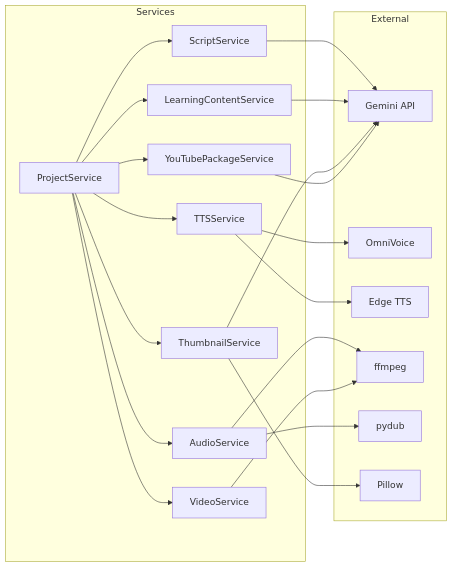
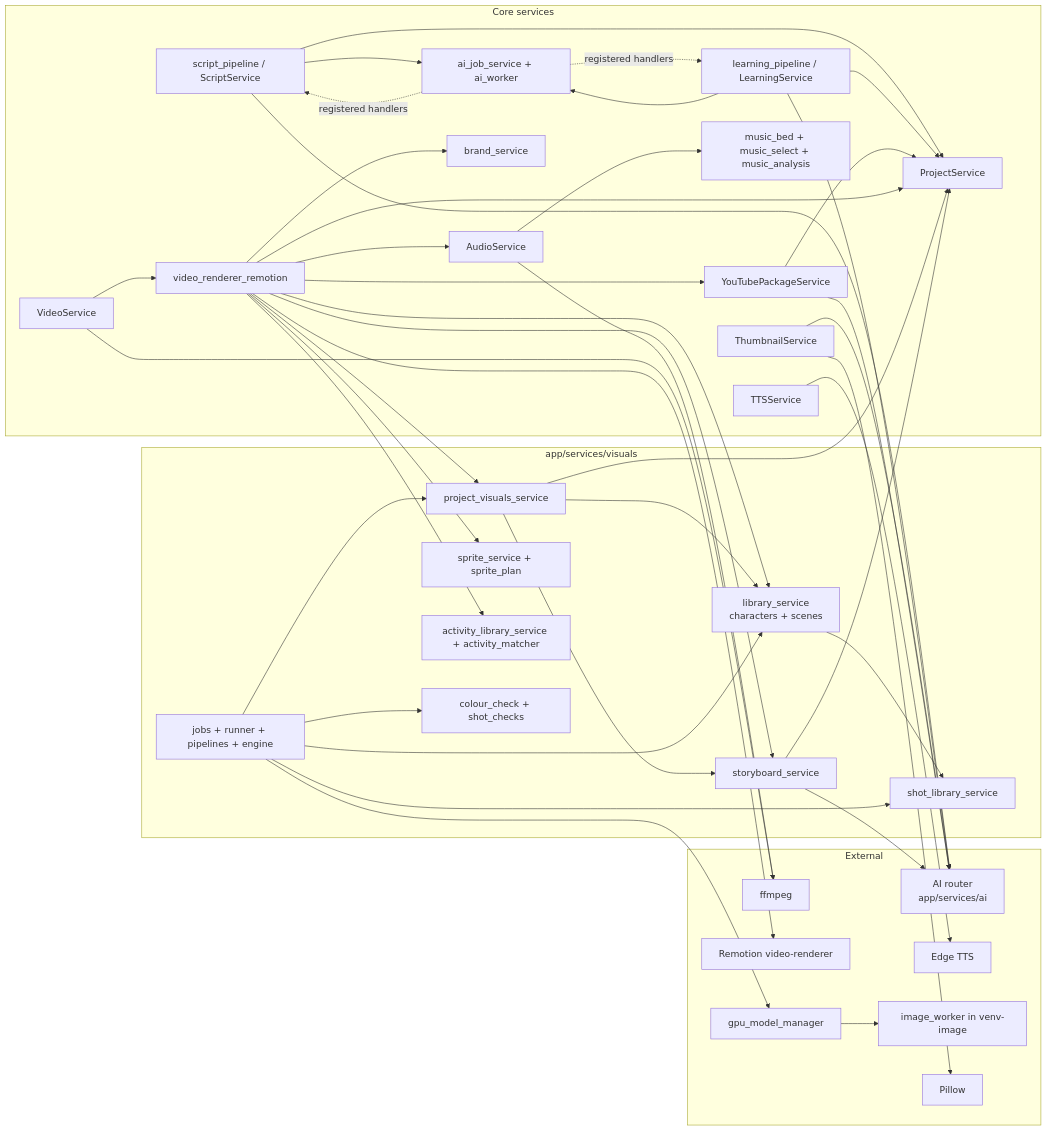
One commit to danghoangsqtt-sys/dailyintelenglish changed the diagram in .viepilot/architecture/module-dependencies.mermaid. Above: the diagram before and after it, drawn with Mermaid. The commit also changed 5 other files, not shown here.

First line of the commit message:
docs(architecture): refresh ARCHITECTURE, diagrams, PROJECT-META and API reference (Task 34.4, ENH-025)

```diff
--- a/.viepilot/architecture/module-dependencies.mermaid
+++ b/.viepilot/architecture/module-dependencies.mermaid
@@ -1,29 +1,50 @@
 graph LR
-    subgraph Services
-        SS[ScriptService]
-        LCS[LearningContentService]
+    subgraph Core["Core services"]
+        PS[ProjectService]
+        SP[script_pipeline / ScriptService]
+        LP[learning_pipeline / LearningService]
+        AJ[ai_job_service + ai_worker]
         TS[TTSService]
         AS[AudioService]
+        MB[music_bed + music_select + music_analysis]
         VS[VideoService]
+        RR[video_renderer_remotion]
+        BR[brand_service]
         THS[ThumbnailService]
         YTS[YouTubePackageService]
-        PS[ProjectService]
+    end
+
+    subgraph Visuals["app/services/visuals"]
+        LS[library_service\ncharacters + scenes]
+        PV[project_visuals_service]
+        SB[storyboard_service]
+        SL[shot_library_service]
+        SPR[sprite_service + sprite_plan]
+        ACT[activity_library_service + activity_matcher]
+        IJ[jobs + runner + pipelines + engine]
+        CHK[colour_check + shot_checks]
     end
 
     subgraph External
-        GEM[Gemini API]
-        OV[OmniVoice]
+        GW[AI router\napp/services/ai]
         ET[Edge TTS]
         FF[ffmpeg]
-        PD[pydub]
+        REM[Remotion video-renderer]
+        GPU[gpu_model_manager]
+        IW[image_worker in venv-image]
         PI[Pillow]
     end
 
-    SS --> GEM
-    LCS --> GEM
-    TS --> OV & ET
-    AS --> FF & PD
-    VS --> FF
-    THS --> GEM & PI
-    YTS --> GEM
-    PS --> SS & LCS & TS & AS & VS & THS & YTS
+    SP & LP & THS & YTS & SB --> GW
+    AJ -. registered handlers .-> SP & LP
+    SP & LP --> AJ
+    TS --> ET
+    AS --> FF & MB
+    VS --> FF & RR
+    RR --> REM & AS & BR & YTS & PV & SB & SPR & ACT & LS
+    PV --> LS & SB
+    LS --> SL
+    IJ --> PV & LS & SL & CHK
+    IJ --> GPU --> IW
+    THS --> PI
+    SP & LP & YTS & RR & PV & SB --> PS
```
